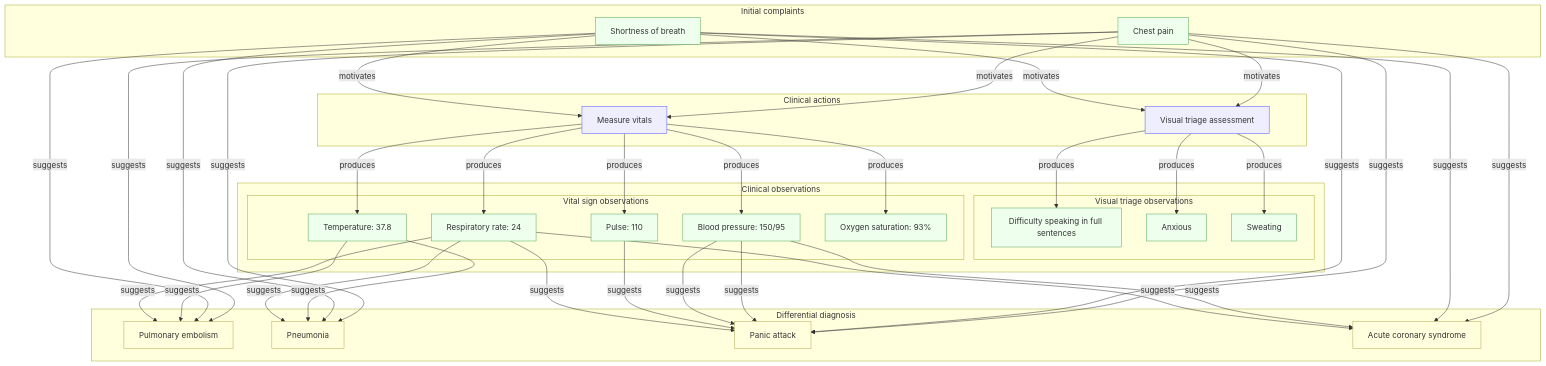
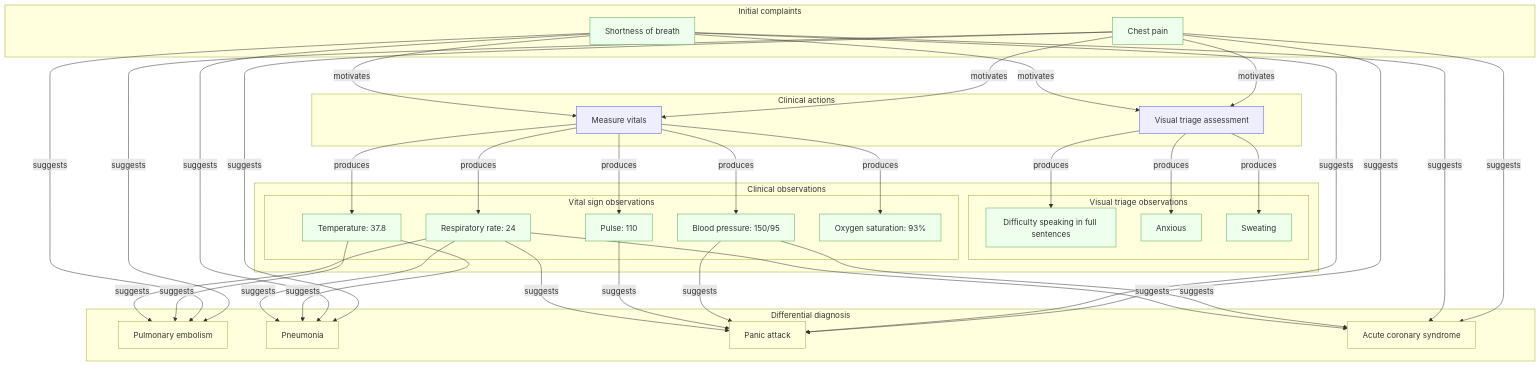
The diagram in diagrams/medical.mmd (kahunacohen/why), drawn with Mermaid before and after one commit.

Commit message:
Remove redundant suggestion for panic attack

```diff
--- a/diagrams/medical.mmd
+++ b/diagrams/medical.mmd
@@ -1,100 +1,99 @@
 flowchart TD
 
   %% =========================
   %% INITIAL PRESENTATION
   %% =========================
   subgraph initial["Initial complaints"]
     O1["Chest pain"]
     O2["Shortness of breath"]
   end
 
   %% =========================
   %% CLINICAL ACTIONS
   %% =========================
   subgraph actions["Clinical actions"]
     A1["Visual triage assessment"]
     A2["Measure vitals"]
   end
 
   O1 -->|motivates| A1
   O2 -->|motivates| A1
   O1 -->|motivates| A2
   O2 -->|motivates| A2
 
   %% =========================
   %% OBSERVATIONS
   %% =========================
   subgraph observations["Clinical observations"]
 
     subgraph visual["Visual triage observations"]
       O6["Difficulty speaking in full sentences"]
       O7["Anxious"]
       O8["Sweating"]
     end
 
     subgraph vitals["Vital sign observations"]
       O3["Blood pressure: 150/95"]
       O4["Pulse: 110"]
       O5["Temperature: 37.8"]
       O9["Respiratory rate: 24"]
       O10["Oxygen saturation: 93%"]
     end
 
   end
 
   A1 -->|produces| O6
   A1 -->|produces| O7
   A1 -->|produces| O8
 
   A2 -->|produces| O3
   A2 -->|produces| O4
   A2 -->|produces| O5
   A2 -->|produces| O9
   A2 -->|produces| O10
 
   %% =========================
   %% DIFFERENTIAL DIAGNOSIS
   %% =========================
   subgraph hypotheses["Differential diagnosis"]
     H1["Pulmonary embolism"]
     H2["Pneumonia"]
     H3["Panic attack"]
     H4["Acute coronary syndrome"]
   end
 
   %% Initial complaints suggest → all hypotheses
   O1 -->|suggests| H1
   O1 -->|suggests| H2
   O1 -->|suggests| H3
   O1 -->|suggests| H4
 
   O2 -->|suggests| H1
   O2 -->|suggests| H2
   O2 -->|suggests| H3
   O2 -->|suggests| H4
 
   O3 -->|suggests| H3
   O3 -->|suggests| H4
   
   %% Vital signs → hypotheses
   %% suggest panic attack
-  O3 -->|suggests| H3
   O4 -->|suggests| H3
   O9 -->|suggests| H3
 
   O5 -->|suggests| H2
   O5 -->|suggests| H1
   O9 -->|suggests| H1
   O9 -->|suggests| H2
   O9 -->|suggests| H4
 
   %% =========================
   %% STYLES
   %% =========================
   classDef obs fill:#efe,stroke:#5a5
   classDef action fill:#eef,stroke:#55f
   classDef hyp fill:#ffd,stroke:#aa5
 
   class O1,O2,O3,O4,O5,O6,O7,O8,O9,O10 obs
   class A1,A2 action
   class H1,H2,H3,H4 hyp
```
